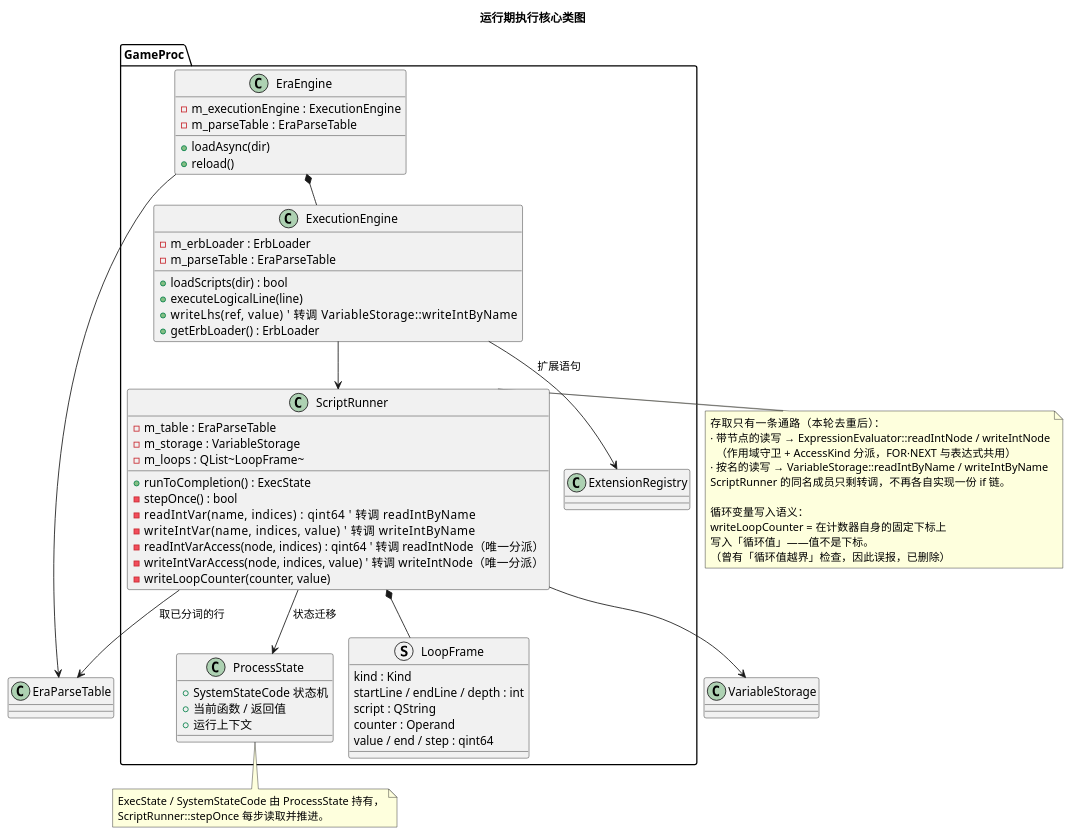
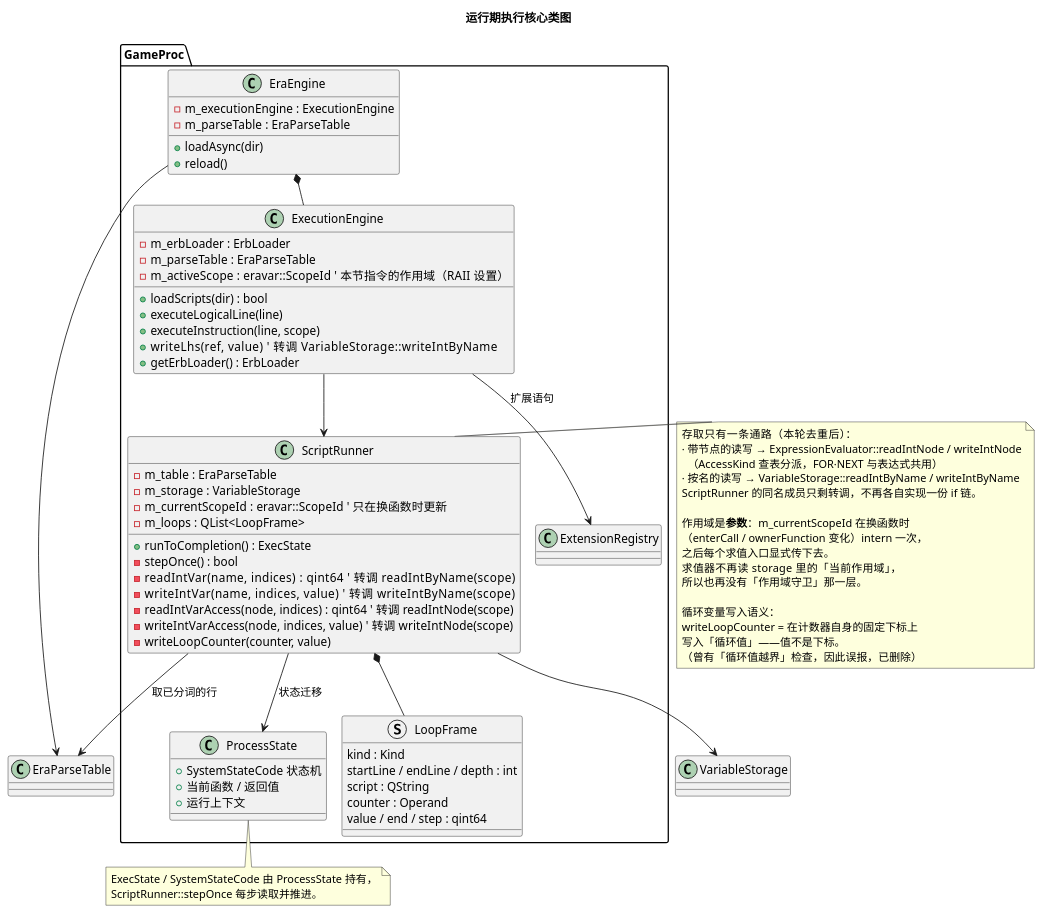
Before and after one commit to yigekuyou/qt-eraemu: the diagram in docs/uml/02-runtime-classes.puml, drawn with PlantUML. The commit also changed 8 other files, not shown here.

First line of the commit message:
docs/uml：按四轮重构重画（身份整数化 / 全定型 / 作用域显式 / 只读收尾外移）

```diff
--- a/docs/uml/02-runtime-classes.puml
+++ b/docs/uml/02-runtime-classes.puml
@@ -1,81 +1,90 @@
 @startuml 02-runtime-classes
 ' 无 graphviz(dot) 时用 PlantUML 内置 smetana 布局引擎
 !pragma layout smetana
 ' emuera —— 运行期执行核心：ExecutionEngine 装配，ScriptRunner 单步状态机
 ' 渲染：plantuml -tpng docs/uml/02-runtime-classes.puml
 title 运行期执行核心类图
 
 package "GameProc" {
   class EraEngine {
     - m_executionEngine : ExecutionEngine
     - m_parseTable : EraParseTable
     + loadAsync(dir)
     + reload()
   }
 
   class ExecutionEngine {
     - m_erbLoader : ErbLoader
     - m_parseTable : EraParseTable
+    - m_activeScope : eravar::ScopeId   ' 本节指令的作用域（RAII 设置）
     + loadScripts(dir) : bool
     + executeLogicalLine(line)
+    + executeInstruction(line, scope)
     + writeLhs(ref, value)        ' 转调 VariableStorage::writeIntByName
     + getErbLoader() : ErbLoader
   }
 
   class ScriptRunner {
     - m_table : EraParseTable
     - m_storage : VariableStorage
-    - m_loops : QList~LoopFrame~
+    - m_currentScopeId : eravar::ScopeId  ' 只在换函数时更新
+    - m_loops : QList<LoopFrame>
     + runToCompletion() : ExecState
     - stepOnce() : bool
-    - readIntVar(name, indices) : qint64        ' 转调 readIntByName
-    - writeIntVar(name, indices, value)         ' 转调 writeIntByName
-    - readIntVarAccess(node, indices) : qint64  ' 转调 readIntNode（唯一分派）
-    - writeIntVarAccess(node, indices, value)   ' 转调 writeIntNode（唯一分派）
+    - readIntVar(name, indices) : qint64        ' 转调 readIntByName(scope)
+    - writeIntVar(name, indices, value)         ' 转调 writeIntByName(scope)
+    - readIntVarAccess(node, indices) : qint64  ' 转调 readIntNode(scope)
+    - writeIntVarAccess(node, indices, value)   ' 转调 writeIntNode(scope)
     - writeLoopCounter(counter, value)
   }
 
   class ProcessState {
     + SystemStateCode 状态机
     + 当前函数 / 返回值
     + 运行上下文
   }
 
   struct LoopFrame {
     kind : Kind
     startLine / endLine / depth : int
     script : QString
     counter : Operand
     value / end / step : qint64
   }
 
   class ExtensionRegistry
 }
 
 EraEngine *-- ExecutionEngine
 EraEngine --> EraParseTable
 ExecutionEngine --> ScriptRunner
 ExecutionEngine --> ExtensionRegistry : 扩展语句
 ScriptRunner *-- LoopFrame
 ScriptRunner --> ProcessState : 状态迁移
 ScriptRunner --> EraParseTable : 取已分词的行
 ScriptRunner --> VariableStorage
 
 note right of ScriptRunner
   存取只有一条通路（本轮去重后）：
   · 带节点的读写 → ExpressionEvaluator::readIntNode / writeIntNode
-    （作用域守卫 + AccessKind 分派，FOR·NEXT 与表达式共用）
+    （AccessKind 查表分派，FOR·NEXT 与表达式共用）
   · 按名的读写 → VariableStorage::readIntByName / writeIntByName
   ScriptRunner 的同名成员只剩转调，不再各自实现一份 if 链。
+
+  作用域是**参数**：m_currentScopeId 在换函数时
+  （enterCall / ownerFunction 变化）intern 一次，
+  之后每个求值入口显式传下去。
+  求值器不再读 storage 里的「当前作用域」，
+  所以也再没有「作用域守卫」那一层。
 
   循环变量写入语义：
   writeLoopCounter = 在计数器自身的固定下标上
   写入「循环值」——值不是下标。
   （曾有「循环值越界」检查，因此误报，已删除）
 end note
 
 note bottom of ProcessState
   ExecState / SystemStateCode 由 ProcessState 持有，
   ScriptRunner::stepOnce 每步读取并推进。
 end note
 @enduml
```
